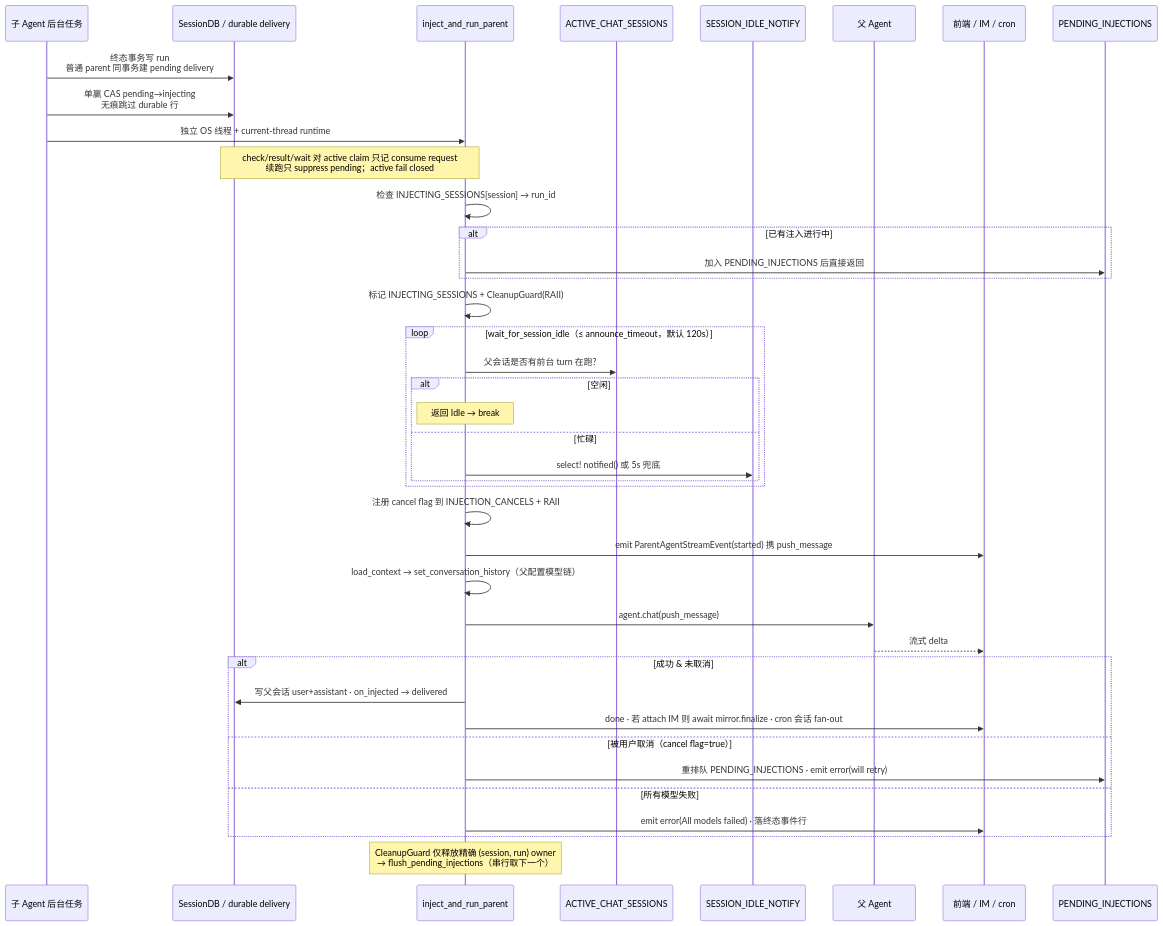
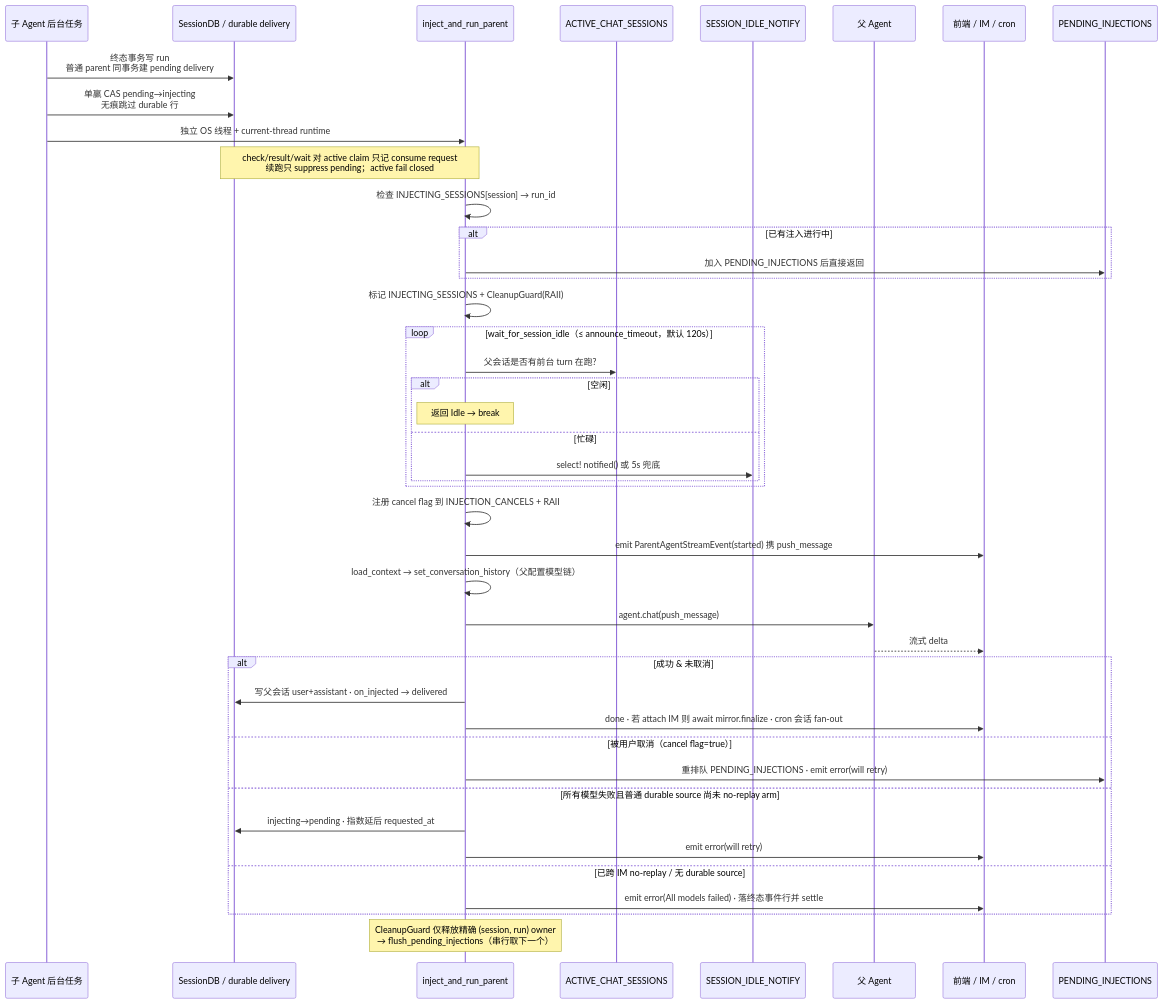
Before and after one commit to shiwenwen/hope-agent: the fifth of 6 diagrams in docs/architecture/agent/subagent.md, drawn with Mermaid. The commit also changed other lines of this file and 64 other files, not shown here.

````diff
--- a/docs/architecture/agent/subagent.md
+++ b/docs/architecture/agent/subagent.md
@@ -302,48 +304,51 @@
 ```mermaid
 sequenceDiagram
     participant Sub as 子 Agent 后台任务
     participant DB as SessionDB / durable delivery
     participant Inj as inject_and_run_parent
     participant ACS as ACTIVE_CHAT_SESSIONS
     participant Notify as SESSION_IDLE_NOTIFY
     participant Parent as 父 Agent
     participant FE as 前端 / IM / cron
     participant Queue as PENDING_INJECTIONS
 
     Sub->>DB: 终态事务写 run<br/>普通 parent 同事务建 pending delivery
     Sub->>DB: 单赢 CAS pending→injecting<br/>无痕跳过 durable 行
     Sub->>Inj: 独立 OS 线程 + current-thread runtime
 
     Note over DB,Inj: check/result/wait 对 active claim 只记 consume request<br/>续跑只 suppress pending；active fail closed
 
     Inj->>Inj: 检查 INJECTING_SESSIONS[session] → run_id
     alt 已有注入进行中
         Inj->>Queue: 加入 PENDING_INJECTIONS 后直接返回
     end
     Inj->>Inj: 标记 INJECTING_SESSIONS + CleanupGuard(RAII)
 
     loop wait_for_session_idle（≤ announce_timeout，默认 120s）
         Inj->>ACS: 父会话是否有前台 turn 在跑?
         alt 空闲
             Note over Inj: 返回 Idle → break
         else 忙碌
             Inj->>Notify: select! notified() 或 5s 兜底
         end
     end
 
     Inj->>Inj: 注册 cancel flag 到 INJECTION_CANCELS + RAII
     Inj->>FE: emit ParentAgentStreamEvent(started) 携 push_message
     Inj->>Inj: load_context → set_conversation_history（父配置模型链）
     Inj->>Parent: agent.chat(push_message)
     Parent-->>FE: 流式 delta
 
     alt 成功 & 未取消
         Inj->>DB: 写父会话 user+assistant · on_injected → delivered
         Inj->>FE: done · 若 attach IM 则 await mirror.finalize · cron 会话 fan-out
     else 被用户取消（cancel flag=true）
         Inj->>Queue: 重排队 PENDING_INJECTIONS · emit error(will retry)
-    else 所有模型失败
-        Inj->>FE: emit error(All models failed) · 落终态事件行
+    else 所有模型失败且普通 durable source 尚未 no-replay arm
+        Inj->>DB: injecting→pending · 指数延后 requested_at
+        Inj->>FE: emit error(will retry)
+    else 已跨 IM no-replay / 无 durable source
+        Inj->>FE: emit error(All models failed) · 落终态事件行并 settle
     end
     Note over Inj: CleanupGuard 仅释放精确 (session, run) owner<br/>→ flush_pending_injections（串行取下一个）
 ```
````
